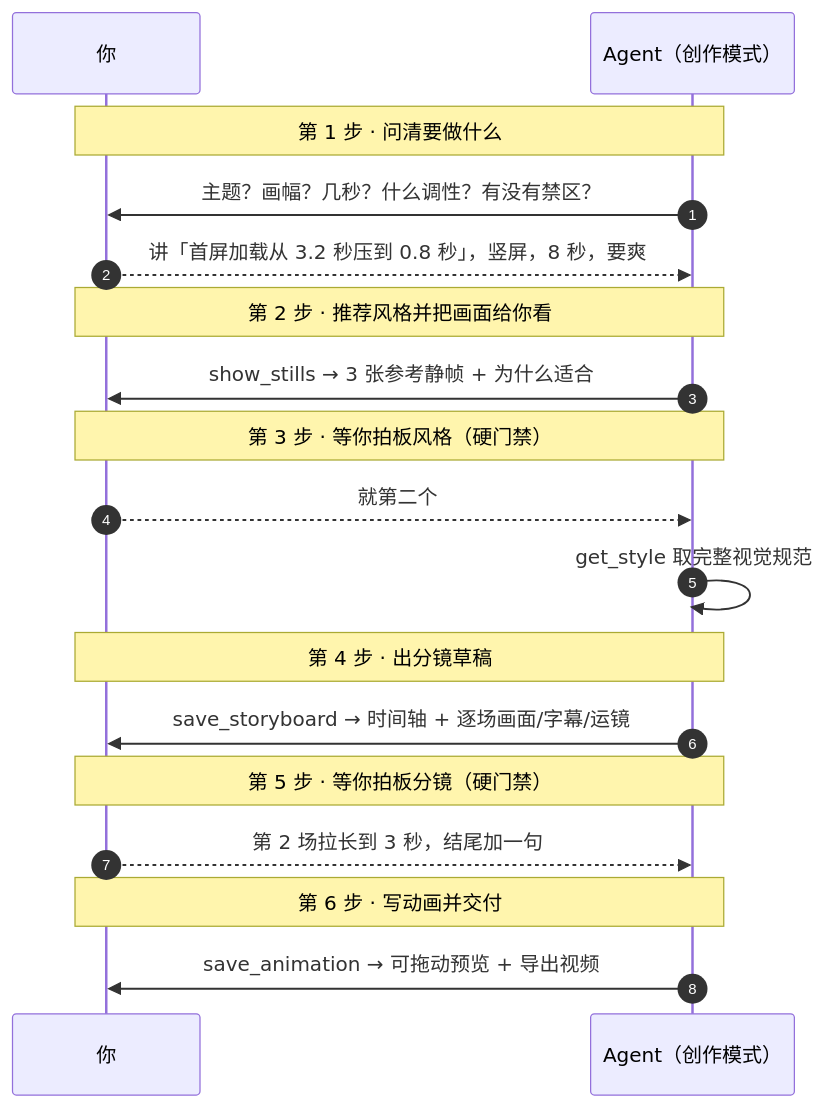
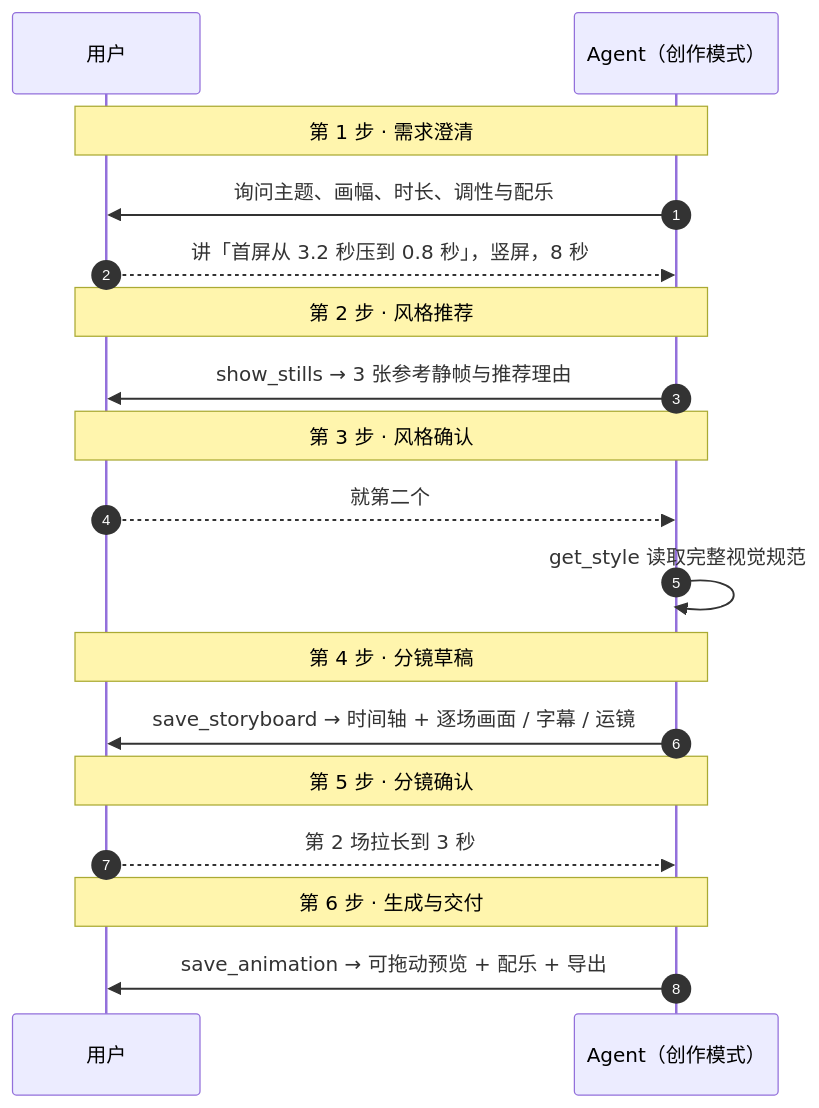
Before and after one commit to wyf-yfw/dsh-code-animation: the first of 2 diagrams in README.md, drawn with Mermaid. The commit also changed other lines of this file, not shown here.

````diff
--- a/README.md
+++ b/README.md
@@ -33,26 +37,26 @@
 ```mermaid
 sequenceDiagram
     autonumber
-    participant U as 你
+    participant U as 用户
     participant A as Agent（创作模式）
 
-    Note over U,A: 第 1 步 · 问清要做什么
-    A->>U: 主题？画幅？几秒？什么调性？有没有禁区？
-    U-->>A: 讲「首屏加载从 3.2 秒压到 0.8 秒」，竖屏，8 秒，要爽
+    Note over U,A: 第 1 步 · 需求澄清
+    A->>U: 询问主题、画幅、时长、调性与配乐
+    U-->>A: 讲「首屏从 3.2 秒压到 0.8 秒」，竖屏，8 秒
 
-    Note over U,A: 第 2 步 · 推荐风格并把画面给你看
-    A->>U: show_stills → 3 张参考静帧 + 为什么适合
+    Note over U,A: 第 2 步 · 风格推荐
+    A->>U: show_stills → 3 张参考静帧与推荐理由
 
-    Note over U,A: 第 3 步 · 等你拍板风格（硬门禁）
+    Note over U,A: 第 3 步 · 风格确认
     U-->>A: 就第二个
-    A->>A: get_style 取完整视觉规范
+    A->>A: get_style 读取完整视觉规范
 
-    Note over U,A: 第 4 步 · 出分镜草稿
-    A->>U: save_storyboard → 时间轴 + 逐场画面/字幕/运镜
+    Note over U,A: 第 4 步 · 分镜草稿
+    A->>U: save_storyboard → 时间轴 + 逐场画面 / 字幕 / 运镜
 
-    Note over U,A: 第 5 步 · 等你拍板分镜（硬门禁）
-    U-->>A: 第 2 场拉长到 3 秒，结尾加一句
+    Note over U,A: 第 5 步 · 分镜确认
+    U-->>A: 第 2 场拉长到 3 秒
 
-    Note over U,A: 第 6 步 · 写动画并交付
-    A->>U: save_animation → 可拖动预览 + 导出视频
+    Note over U,A: 第 6 步 · 生成与交付
+    A->>U: save_animation → 可拖动预览 + 配乐 + 导出
 ```
````
